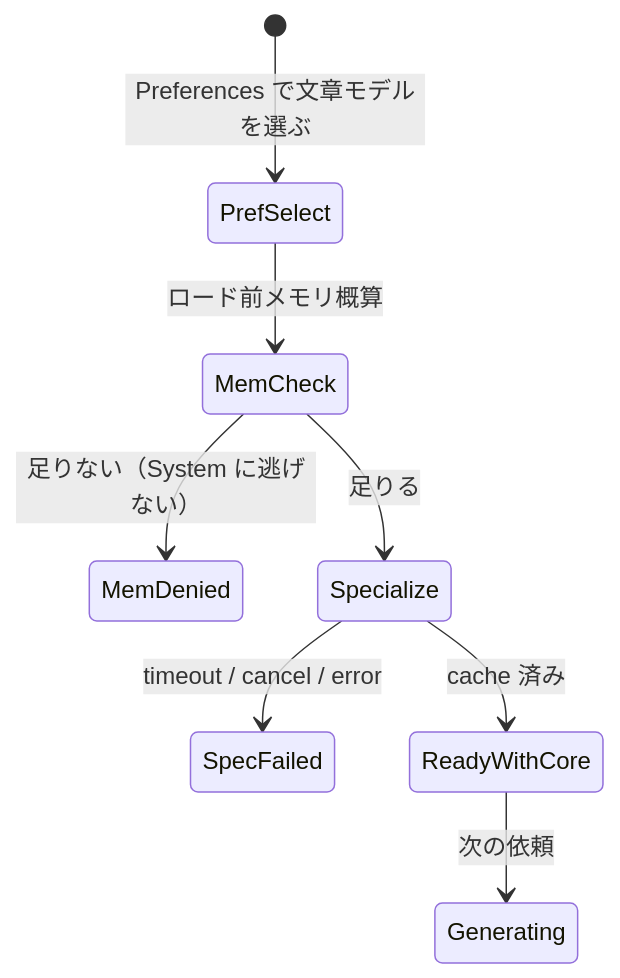
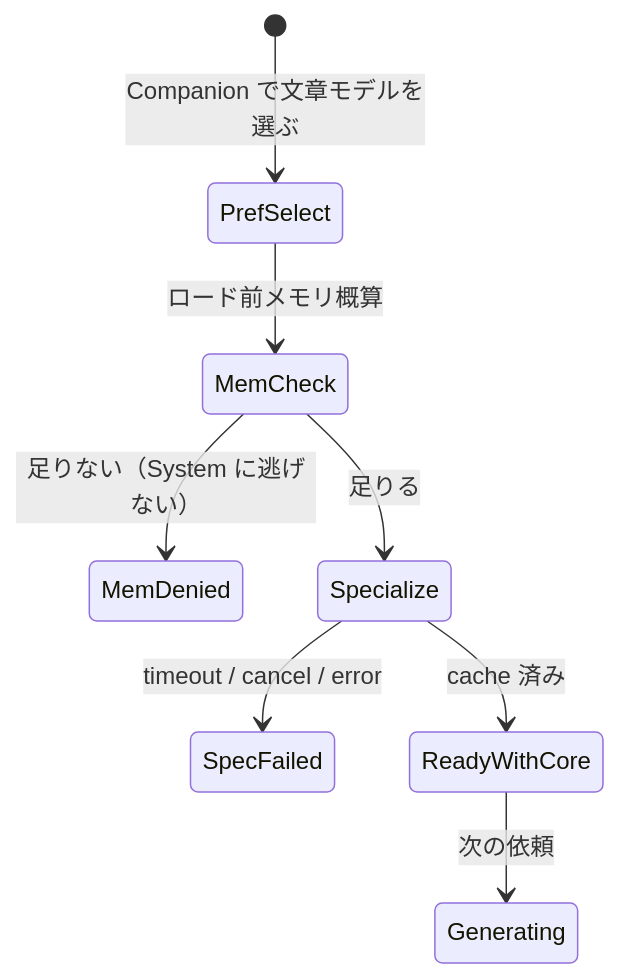
The sixth of 6 diagrams in docs/core-ai-c0-design.md (lero003/hazakura-editor), drawn with Mermaid before and after one commit. The commit also changed other lines of this file and 26 other files, not shown here.

````diff
--- a/docs/core-ai-c0-design.md
+++ b/docs/core-ai-c0-design.md
@@ -850,10 +850,10 @@
 ```mermaid
 stateDiagram-v2
-  [*] --> PrefSelect: Preferences で文章モデルを選ぶ
+  [*] --> PrefSelect: Companion で文章モデルを選ぶ
   PrefSelect --> MemCheck: ロード前メモリ概算
   MemCheck --> MemDenied: 足りない（System に逃げない）
   MemCheck --> Specialize: 足りる
   Specialize --> SpecFailed: timeout / cancel / error
   Specialize --> ReadyWithCore: cache 済み
   ReadyWithCore --> Generating: 次の依頼
 ```
````
